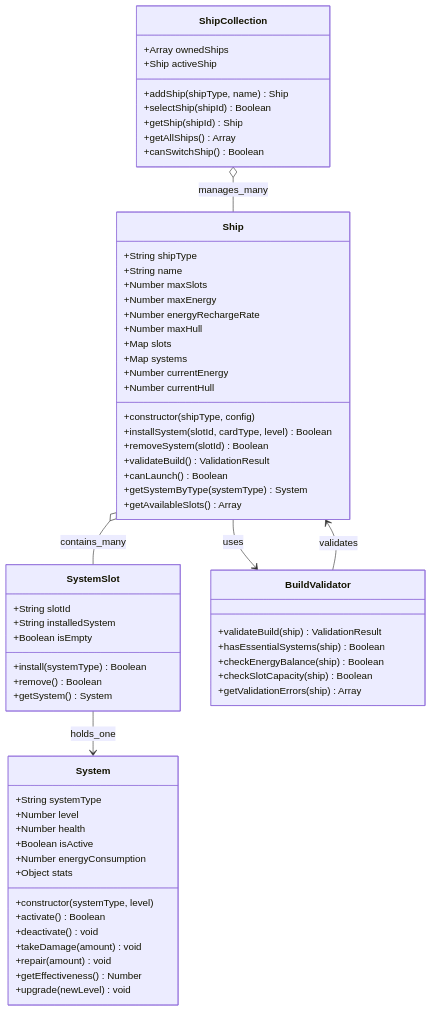
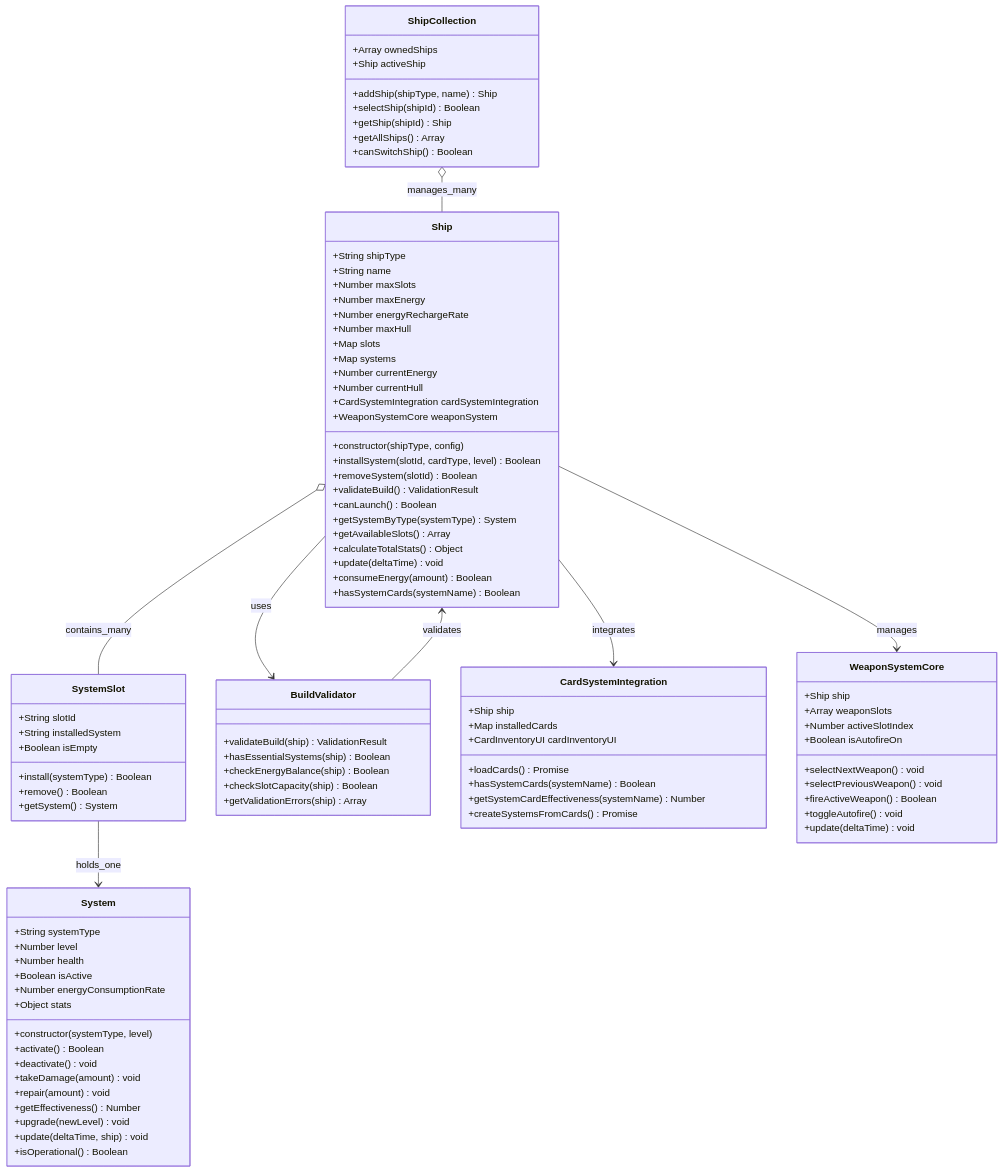
The third of 23 diagrams in docs/system_architecture.md (thoracle/planetz), drawn with Mermaid before and after one commit. The commit also changed other lines of this file and 5 other files, not shown here.

````diff
--- a/docs/system_architecture.md
+++ b/docs/system_architecture.md
@@ -116,6 +126,8 @@
         +Map systems
         +Number currentEnergy
         +Number currentHull
+        +CardSystemIntegration cardSystemIntegration
+        +WeaponSystemCore weaponSystem
         +constructor(shipType, config)
         +installSystem(slotId, cardType, level) Boolean
         +removeSystem(slotId) Boolean
@@ -123,6 +135,10 @@
         +canLaunch() Boolean
         +getSystemByType(systemType) System
         +getAvailableSlots() Array
+        +calculateTotalStats() Object
+        +update(deltaTime) void
+        +consumeEnergy(amount) Boolean
+        +hasSystemCards(systemName) Boolean
     }
 
     class SystemSlot {
@@ -139,7 +155,7 @@
         +Number level
         +Number health
         +Boolean isActive
-        +Number energyConsumption
+        +Number energyConsumptionRate
         +Object stats
         +constructor(systemType, level)
         +activate() Boolean
@@ -148,6 +164,8 @@
         +repair(amount) void
         +getEffectiveness() Number
         +upgrade(newLevel) void
+        +update(deltaTime, ship) void
+        +isOperational() Boolean
     }
 
     class ShipCollection {
@@ -168,9 +186,33 @@
         +getValidationErrors(ship) Array
     }
 
+    class CardSystemIntegration {
+        +Ship ship
+        +Map installedCards
+        +CardInventoryUI cardInventoryUI
+        +loadCards() Promise
+        +hasSystemCards(systemName) Boolean
+        +getSystemCardEffectiveness(systemName) Number
+        +createSystemsFromCards() Promise
+    }
+
+    class WeaponSystemCore {
+        +Ship ship
+        +Array weaponSlots
+        +Number activeSlotIndex
+        +Boolean isAutofireOn
+        +selectNextWeapon() void
+        +selectPreviousWeapon() void
+        +fireActiveWeapon() Boolean
+        +toggleAutofire() void
+        +update(deltaTime) void
+    }
+
     Ship o-- SystemSlot : contains_many
     SystemSlot --> System : holds_one
     ShipCollection o-- Ship : manages_many
     BuildValidator --> Ship : validates
     Ship --> BuildValidator : uses
+    Ship --> CardSystemIntegration : integrates
+    Ship --> WeaponSystemCore : manages
 ```
````
